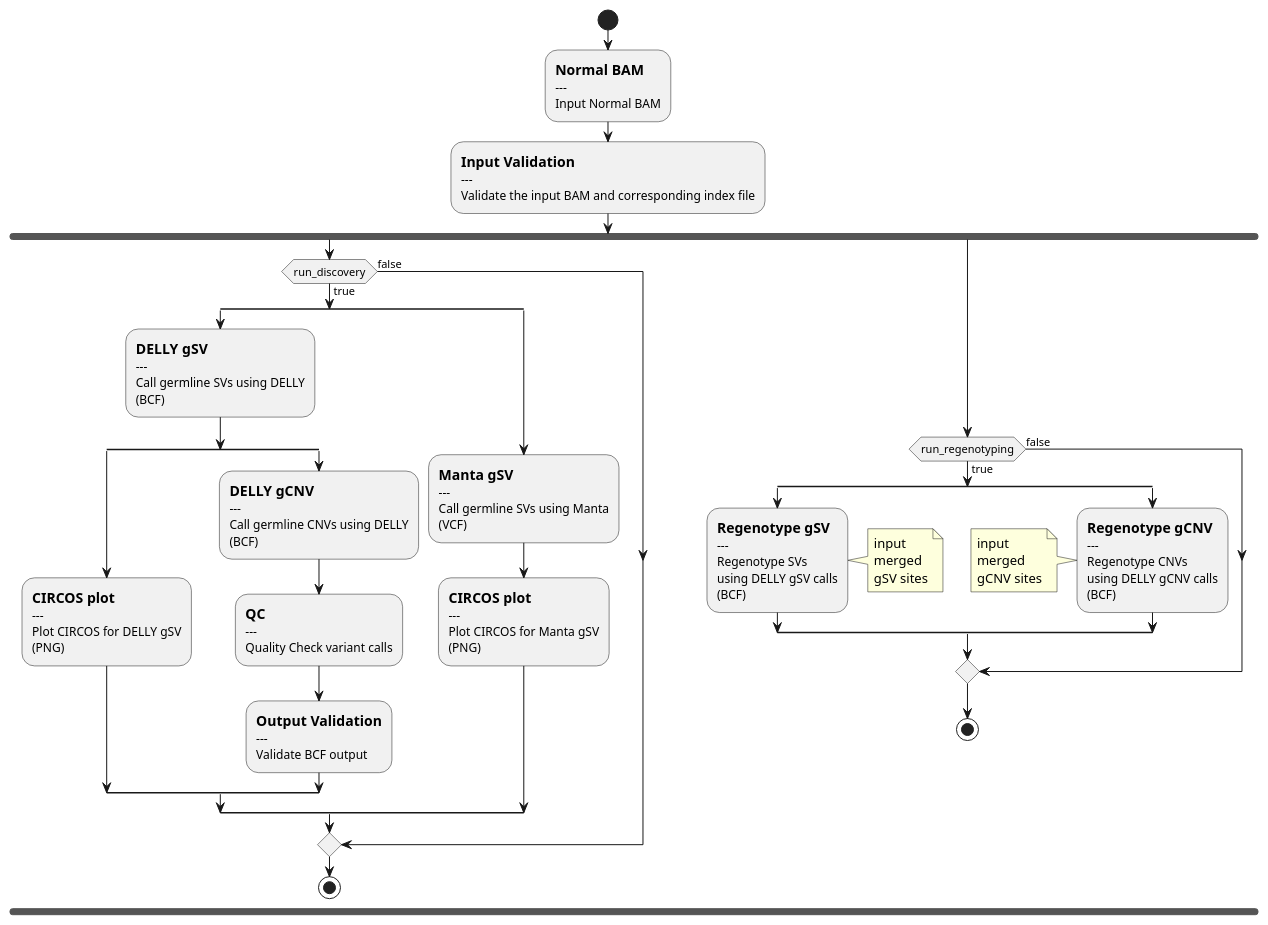
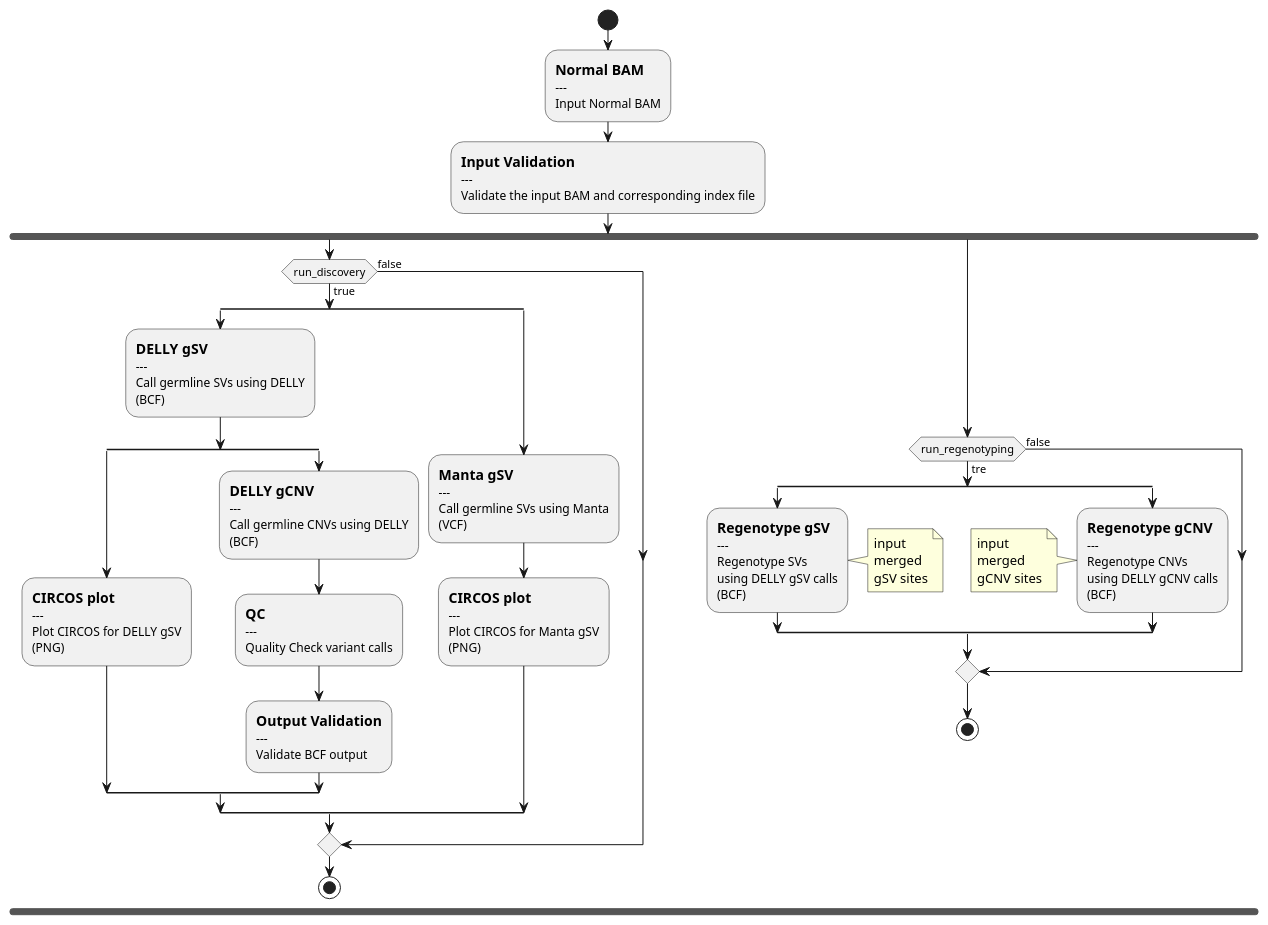
One commit to uclahs-cds/pipeline-call-gSV changed the diagram in docs/call-gSV.puml. Above: the diagram before and after it, drawn with PlantUML. The commit also changed 1 other file, not shown here.

Commit message:
update plant uml file

```diff
--- a/docs/call-gSV.puml
+++ b/docs/call-gSV.puml
@@ -1,72 +1,72 @@
 @startuml
 skinparam SwimlaneTitleFontStyle bold
 
 start
 
 :==Normal BAM
 ---
 Input Normal BAM;
 :==Input Validation
 ---
 Validate the input BAM and corresponding index file;
 fork
 if (run_discovery) is (true) then
     split
         :==DELLY gSV
         ---
         Call germline SVs using DELLY
         (BCF);
         split
             :==CIRCOS plot
             ---
             Plot CIRCOS for DELLY gSV
             (PNG);
         split again
             :==DELLY gCNV
             ---
             Call germline CNVs using DELLY
             (BCF);
             :==QC
             ---
             Quality Check variant calls;
             :==Output Validation
             ---
             Validate BCF output;
         end split
     split again
         :==Manta gSV
         ---
         Call germline SVs using Manta
         (VCF);
         :==CIRCOS plot
         ---
         Plot CIRCOS for Manta gSV
         (PNG);
     end split
 else (false)
 endif
 stop
 
 fork again
-if (run_regenotyping) is (true) then
+if (run_regenotyping) is (tre) then
     split
     :==Regenotype gSV
     ---
     Regenotype SVs
     using DELLY gSV calls
     (BCF);
     note right: input\nmerged\ngSV sites
     split again
     :==Regenotype gCNV
     ---
     Regenotype CNVs
     using DELLY gCNV calls
     (BCF);
     note left: input\nmerged\ngCNV sites
     end split
 
 else (false)
 endif
 stop
 
 @enduml
```
